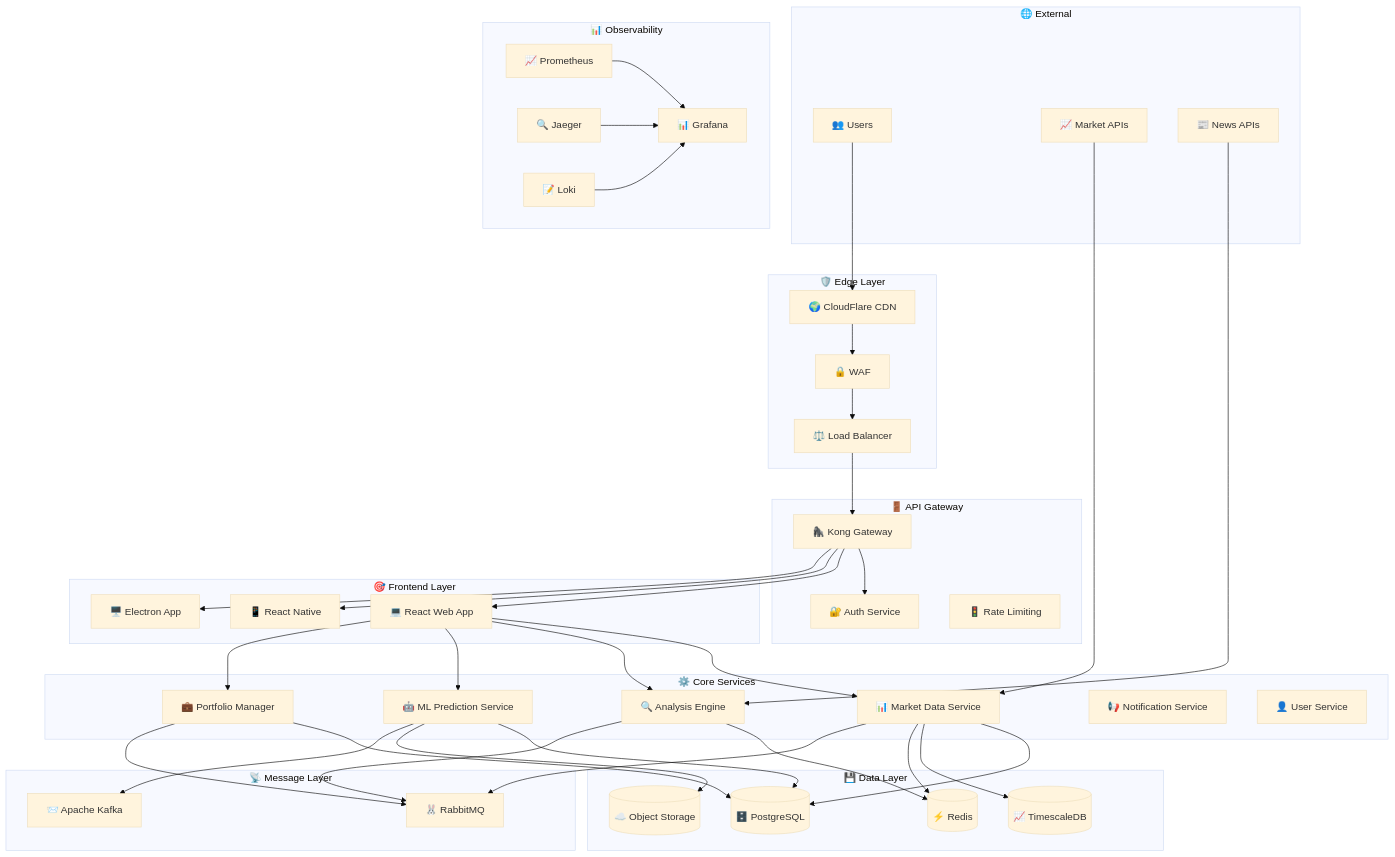
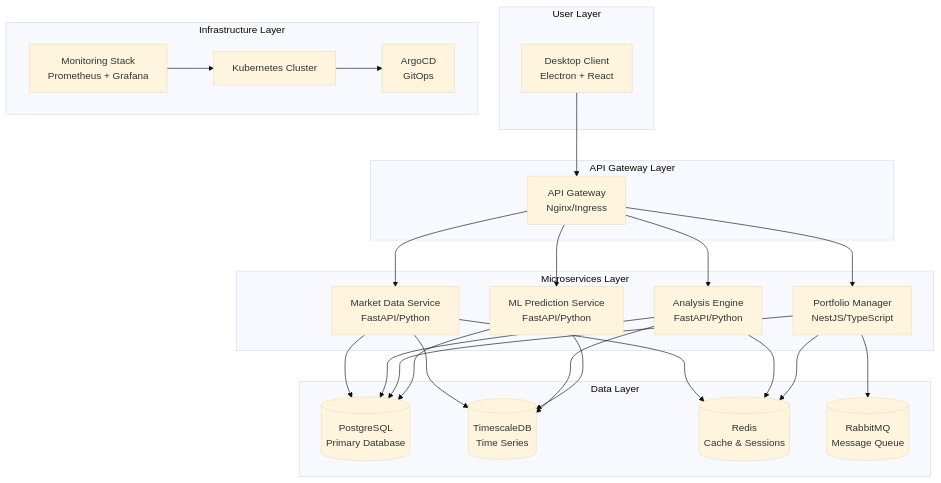
Before and after one commit to Portfolio-jaime/INVESTMENT-APP: the diagram in docs/architecture/README.md, drawn with Mermaid (base theme). The commit also changed other lines of this file and 278 other files, not shown here.

Commit message:
Refactor project structure: archive deprecated components, introduce Next.js frontend and Fastify backend, add Kubernetes deployments, update documentation and CI/CD pipeline

````diff
--- a/docs/architecture/README.md
+++ b/docs/architecture/README.md
@@ -27,90 +9,53 @@
 ```mermaid
 graph TB
-    subgraph "🌐 External"
-        USER[👥 Users]
-        MARKET[📈 Market APIs]
-        NEWS[📰 News APIs]
+    subgraph "User Layer"
+        DC[Desktop Client<br/>Electron + React]
     end
 
-    subgraph "🛡️ Edge Layer"
-        CDN[🌍 CloudFlare CDN]
-        WAF[🔒 WAF]
-        LB[⚖️ Load Balancer]
+    subgraph "API Gateway Layer"
+        AG[API Gateway<br/>Nginx/Ingress]
     end
 
-    subgraph "🚪 API Gateway"
-        KONG[🦍 Kong Gateway]
-        AUTH[🔐 Auth Service]
-        RATE[🚦 Rate Limiting]
+    subgraph "Microservices Layer"
+        MD[Market Data Service<br/>FastAPI/Python]
+        AE[Analysis Engine<br/>FastAPI/Python]
+        PM[Portfolio Manager<br/>NestJS/TypeScript]
+        MLP[ML Prediction Service<br/>FastAPI/Python]
     end
 
-    subgraph "🎯 Frontend Layer"
-        WEB[💻 React Web App]
-        MOBILE[📱 React Native]
-        DESKTOP[🖥️ Electron App]
+    subgraph "Data Layer"
+        PG[(PostgreSQL<br/>Primary Database)]
+        TS[(TimescaleDB<br/>Time Series)]
+        REDIS[(Redis<br/>Cache & Sessions)]
+        RMQ[(RabbitMQ<br/>Message Queue)]
     end
 
-    subgraph "⚙️ Core Services"
-        MARKET_SVC[📊 Market Data Service]
-        ANALYSIS_SVC[🔍 Analysis Engine]
-        ML_SVC[🤖 ML Prediction Service]
-        PORTFOLIO_SVC[💼 Portfolio Manager]
-        NOTIFICATION_SVC[📢 Notification Service]
-        USER_SVC[👤 User Service]
+    subgraph "Infrastructure Layer"
+        K8S[Kubernetes Cluster]
+        ARGO[ArgoCD<br/>GitOps]
+        MONITOR[Monitoring Stack<br/>Prometheus + Grafana]
     end
 
-    subgraph "💾 Data Layer"
-        PG[(🗄️ PostgreSQL)]
-        TS[(📈 TimescaleDB)]
-        REDIS[(⚡ Redis)]
-        S3[(☁️ Object Storage)]
-    end
+    DC --> AG
+    AG --> MD
+    AG --> AE
+    AG --> PM
+    AG --> MLP
 
-    subgraph "📡 Message Layer"
-        RABBIT[🐰 RabbitMQ]
-        KAFKA[📨 Apache Kafka]
-    end
+    MD --> PG
+    MD --> TS
+    AE --> PG
+    AE --> TS
+    PM --> PG
+    MLP --> PG
+    MLP --> TS
 
-    subgraph "📊 Observability"
-        PROM[📈 Prometheus]
-        GRAF[📊 Grafana]
-        JAEGER[🔍 Jaeger]
-        LOGS[📝 Loki]
-    end
+    MD --> REDIS
+    AE --> REDIS
+    PM --> REDIS
 
-    USER --> CDN
-    CDN --> WAF
-    WAF --> LB
-    LB --> KONG
-    KONG --> AUTH
-    KONG --> WEB
-    KONG --> MOBILE
-    KONG --> DESKTOP
+    PM --> RMQ
 
-    WEB --> MARKET_SVC
-    WEB --> ANALYSIS_SVC
-    WEB --> ML_SVC
-    WEB --> PORTFOLIO_SVC
-
-    MARKET_SVC --> PG
-    MARKET_SVC --> TS
-    MARKET_SVC --> REDIS
-    MARKET_SVC --> RABBIT
-
-    ANALYSIS_SVC --> REDIS
-    ANALYSIS_SVC --> RABBIT
-    
-    ML_SVC --> PG
-    ML_SVC --> S3
-    ML_SVC --> KAFKA
-
-    PORTFOLIO_SVC --> PG
-    PORTFOLIO_SVC --> RABBIT
-
-    MARKET --> MARKET_SVC
-    NEWS --> ANALYSIS_SVC
-
-    PROM --> GRAF
-    JAEGER --> GRAF
-    LOGS --> GRAF
+    K8S --> ARGO
+    MONITOR --> K8S
 ```
````
